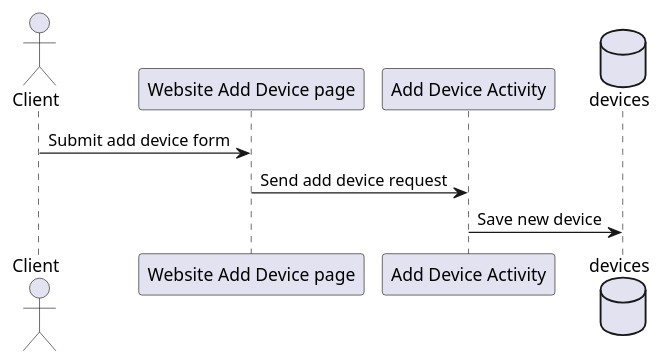
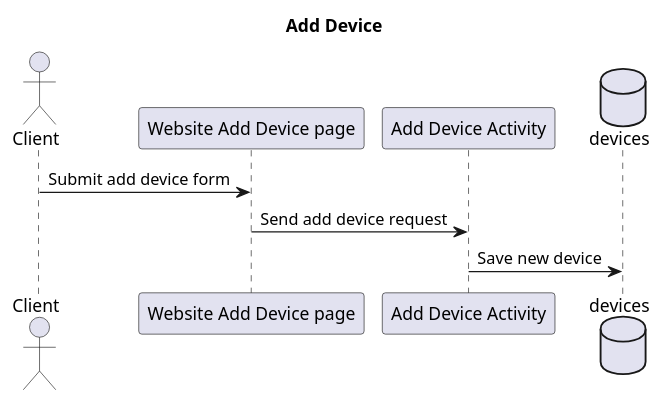
One commit to kaaron22/HTMVault changed the diagram in resources/add-device-SD.puml. Above: the diagram before and after it, drawn with PlantUML. The commit also changed 2 other files, not shown here.

Commit message:
design document in progress - add device sequence diagram complete and added as image to design document, design submitted for approval

```diff
--- a/resources/add-device-SD.puml
+++ b/resources/add-device-SD.puml
@@ -1,12 +1,14 @@
 @startuml
+
+title "Add Device"
 
 actor Client
 participant "Website Add Device page"
 participant "Add Device Activity"
 database devices
 
 Client -> "Website Add Device page": Submit add device form
 "Website Add Device page" -> "Add Device Activity": Send add device request
 "Add Device Activity" -> devices: Save new device
 
 @enduml
```
